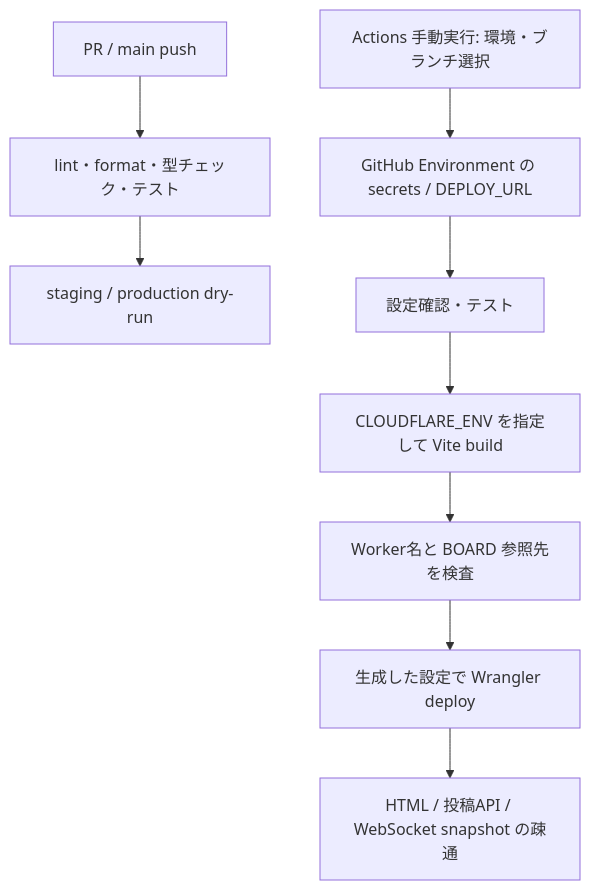
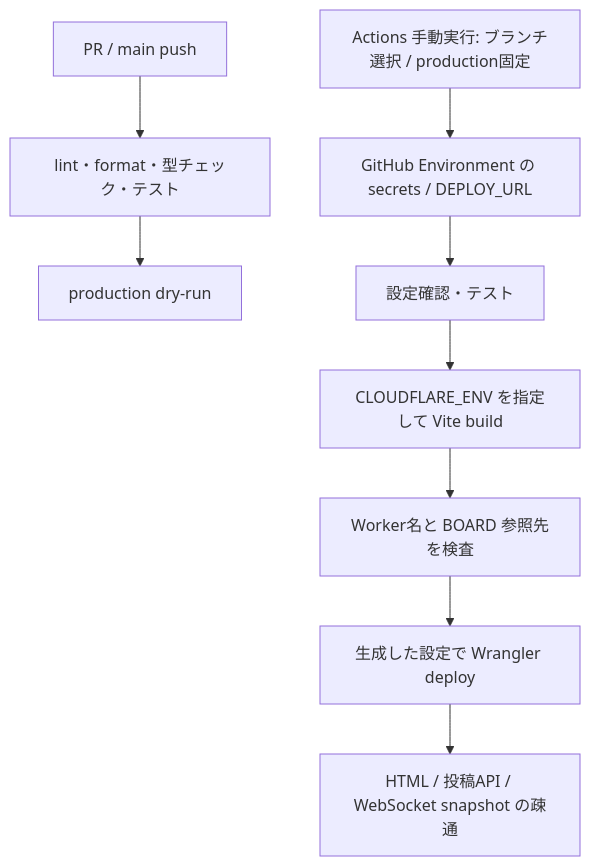
One commit to n-seiji/conf-board changed the diagram in docs/evidence/deploy/README.md. Above: the diagram before and after it, drawn with Mermaid. The commit also changed other lines of this file and 10 other files, not shown here.

````diff
--- a/docs/evidence/deploy/README.md
+++ b/docs/evidence/deploy/README.md
@@ -5,11 +5,11 @@
 ```mermaid
 flowchart TD
   PR[PR / main push] --> Check[lint・format・型チェック・テスト]
-  Check --> Dry[staging / production dry-run]
-  Manual[Actions 手動実行: 環境・ブランチ選択] --> Env[GitHub Environment の secrets / DEPLOY_URL]
+  Check --> Dry[production dry-run]
+  Manual[Actions 手動実行: ブランチ選択 / production固定] --> Env[GitHub Environment の secrets / DEPLOY_URL]
   Env --> Verify[設定確認・テスト]
   Verify --> Build[CLOUDFLARE_ENV を指定して Vite build]
   Build --> Guard[Worker名と BOARD 参照先を検査]
   Guard --> Deploy[生成した設定で Wrangler deploy]
   Deploy --> Smoke[HTML / 投稿API / WebSocket snapshot の疎通]
 ```
````
